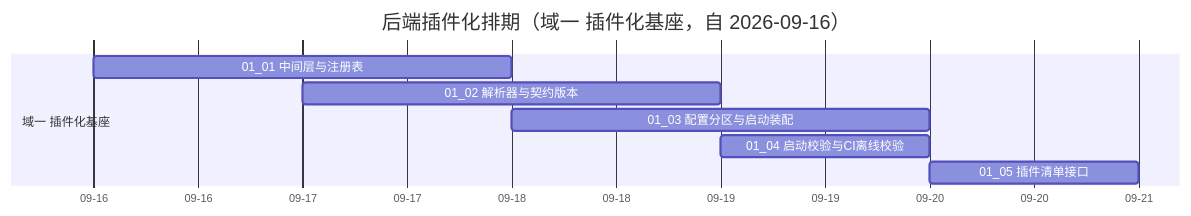
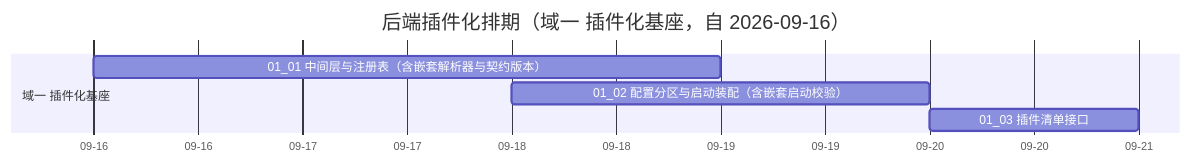
One commit to minjian123/basic-management-system changed the diagram in bms文档/项目/03_后端插件化/计划/01_计划_后端插件化.md. Above: the diagram before and after it, drawn with Mermaid. The commit also changed other lines of this file and 11 other files, not shown here.

````diff
--- a/bms文档/项目/03_后端插件化/计划/01_计划_后端插件化.md
+++ b/bms文档/项目/03_后端插件化/计划/01_计划_后端插件化.md
@@ -36,12 +34,10 @@
 ```mermaid
 gantt
     title 后端插件化排期（域一 插件化基座，自 2026-09-16）
     dateFormat  YYYY-MM-DD
     axisFormat %m-%d
     section 域一 插件化基座
-    01_01 中间层与注册表 :t0101, 2026-09-16, 2d
-    01_02 解析器与契约版本 :t0102, 2026-09-17, 2d
-    01_03 配置分区与启动装配 :t0103, 2026-09-18, 2d
-    01_04 启动校验与CI离线校验 :t0104, 2026-09-19, 1d
-    01_05 插件清单接口 :t0105, 2026-09-20, 1d
+    01_01 中间层与注册表（含嵌套解析器与契约版本） :t0101, 2026-09-16, 3d
+    01_02 配置分区与启动装配（含嵌套启动校验） :t0102, 2026-09-18, 2d
+    01_03 插件清单接口 :t0103, 2026-09-20, 1d
 ```
````
